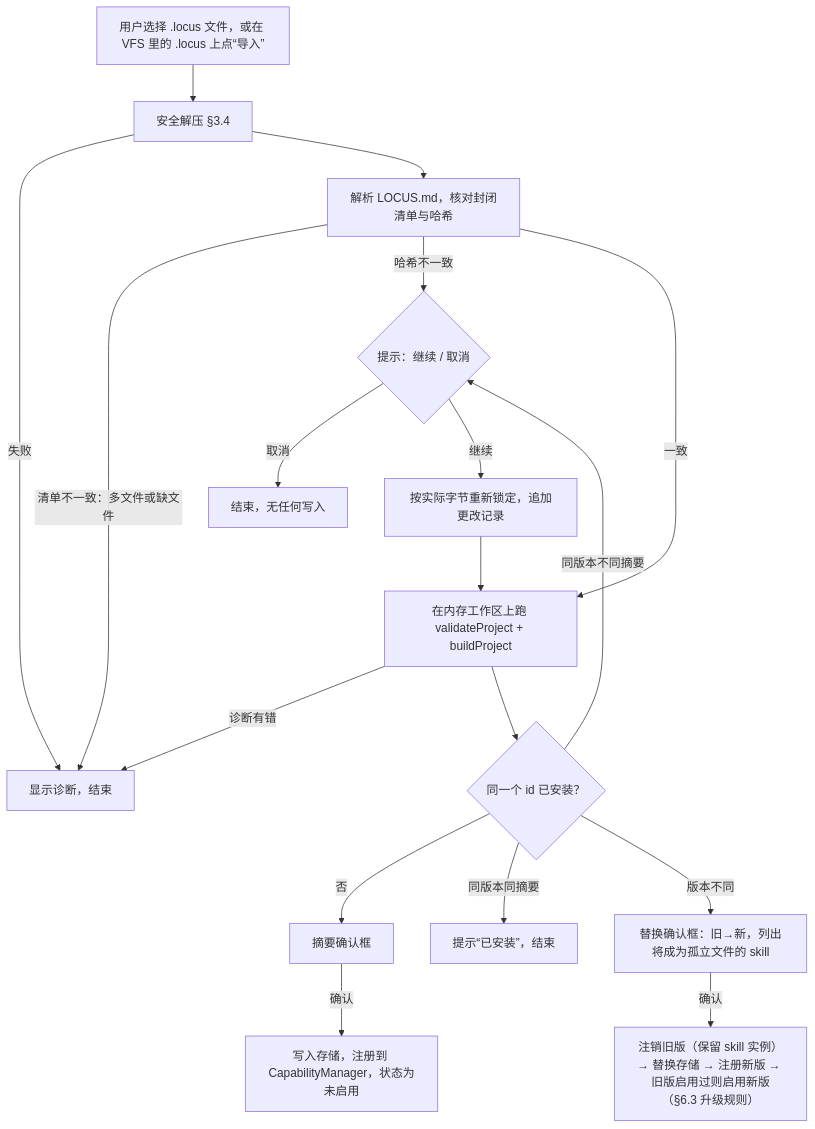
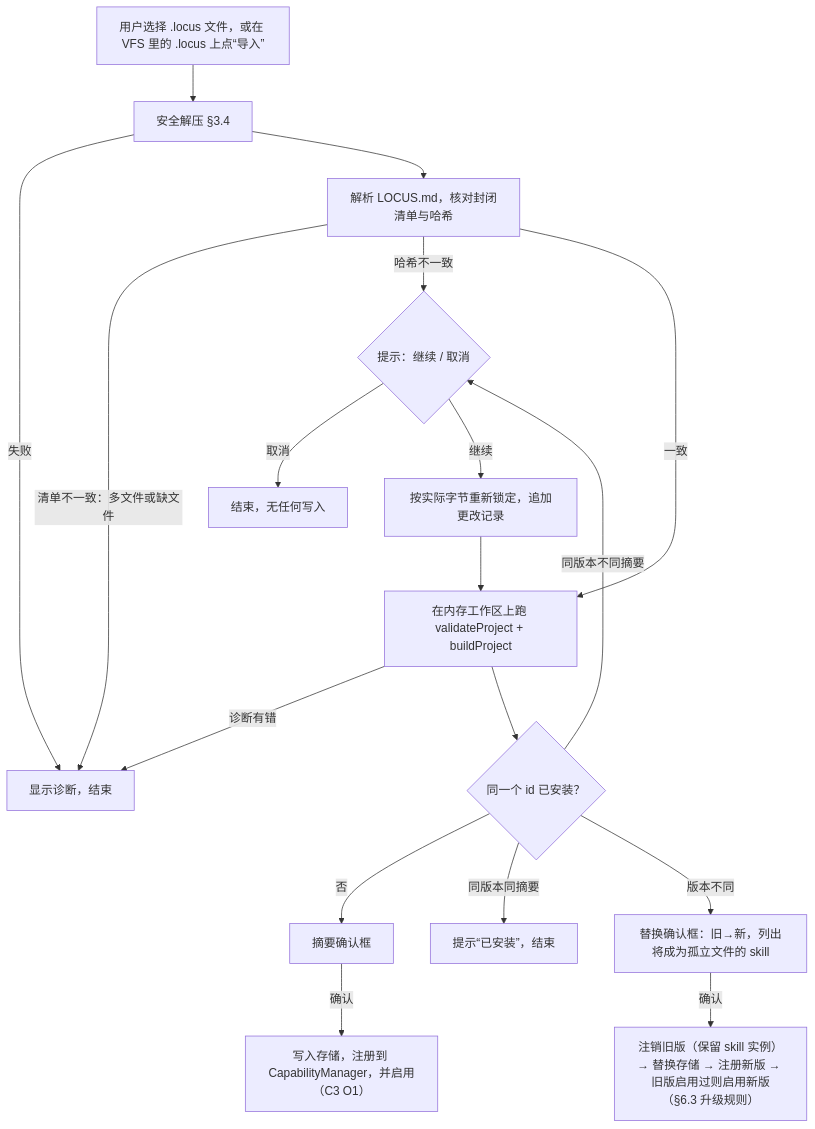
Before and after one commit to boccchi2993/locus-product: the diagram in docs/CAPABILITY-INSTALL.md, drawn with Mermaid. The commit also changed other lines of this file and 8 other files, not shown here.

````diff
--- a/docs/CAPABILITY-INSTALL.md
+++ b/docs/CAPABILITY-INSTALL.md
@@ -118,20 +118,20 @@
 ```mermaid
 flowchart TD
   A[用户选择 .locus 文件，或在 VFS 里的 .locus 上点“导入”] --> B[安全解压 §3.4]
   B -->|失败| X[显示诊断，结束]
   B --> C[解析 LOCUS.md，核对封闭清单与哈希]
   C -->|清单不一致：多文件或缺文件| X
   C -->|哈希不一致| D{提示：继续 / 取消}
   D -->|取消| Z[结束，无任何写入]
   D -->|继续| E[按实际字节重新锁定，追加更改记录]
   C -->|一致| F
   E --> F[在内存工作区上跑 validateProject + buildProject]
   F -->|诊断有错| X
   F --> G{同一个 id 已安装？}
   G -->|否| H[摘要确认框]
   G -->|同版本同摘要| Y[提示“已安装”，结束]
   G -->|同版本不同摘要| D
   G -->|版本不同| I[替换确认框：旧→新，列出将成为孤立文件的 skill]
-  H -->|确认| J[写入存储，注册到 CapabilityManager，状态为未启用]
+  H -->|确认| J[写入存储，注册到 CapabilityManager，并启用（C3 O1）]
   I -->|确认| K[注销旧版（保留 skill 实例）→ 替换存储 → 注册新版 → 旧版启用过则启用新版（§6.3 升级规则）]
 ```
````
